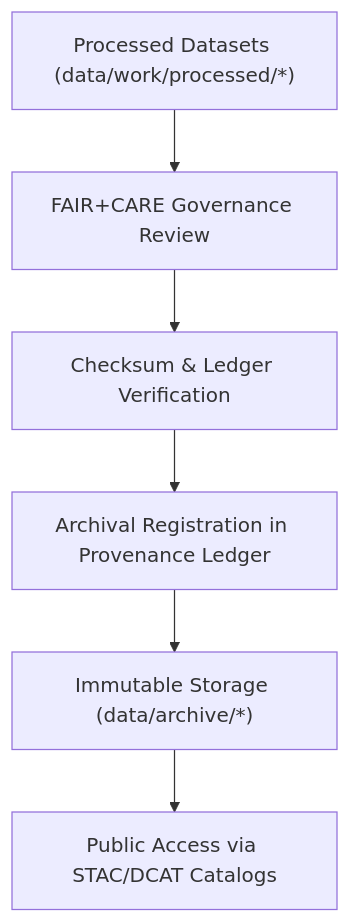
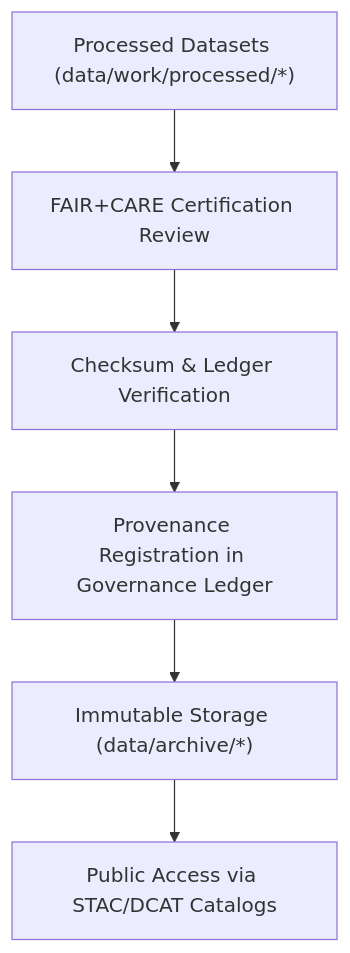
The diagram in data/archive/README.md (bartytime4life/Kansas-Frontier-Matrix), drawn with Mermaid before and after one commit. The commit also changed other lines of this file, not shown here.

````diff
--- a/data/archive/README.md
+++ b/data/archive/README.md
@@ -49,8 +51,8 @@
 ```mermaid
 flowchart TD
-    A["Processed Datasets (data/work/processed/*)"] --> B["FAIR+CARE Governance Review"]
+    A["Processed Datasets (data/work/processed/*)"] --> B["FAIR+CARE Certification Review"]
     B --> C["Checksum & Ledger Verification"]
-    C --> D["Archival Registration in Provenance Ledger"]
+    C --> D["Provenance Registration in Governance Ledger"]
     D --> E["Immutable Storage (data/archive/*)"]
     E --> F["Public Access via STAC/DCAT Catalogs"]
 ```
````
